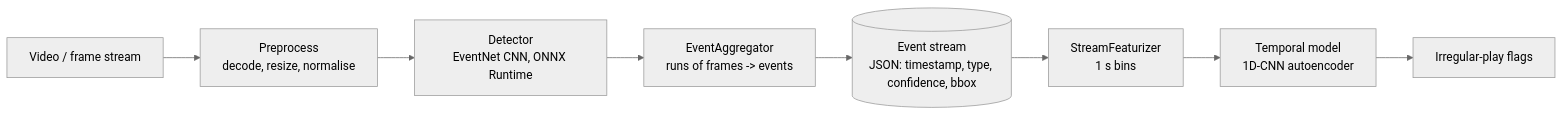
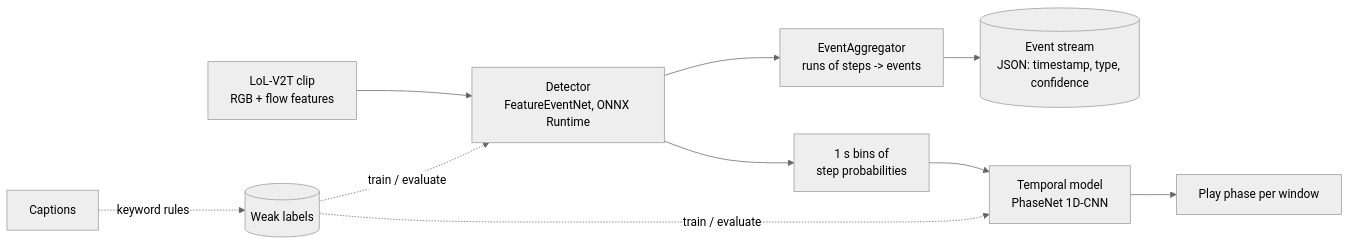
The diagram in docs/architecture.md (otoofim/video_event_detection), drawn with Mermaid (neutral theme) before and after one commit. The commit also changed other lines of this file and 34 other files, not shown here.

First line of the commit message:
Remove synthetic data; label clip sequences from captions only

````diff
--- a/docs/architecture.md
+++ b/docs/architecture.md
@@ -5,10 +5,12 @@
 ```mermaid
 flowchart LR
-  V[Video / frame stream] --> P[Preprocess<br/>decode, resize, normalise]
-  P --> D[Detector<br/>EventNet CNN, ONNX Runtime]
-  D --> A[EventAggregator<br/>runs of frames -> events]
-  A --> E[(Event stream<br/>JSON: timestamp, type, confidence, bbox)]
-  E --> F[StreamFeaturizer<br/>1 s bins]
-  F --> T[Temporal model<br/>1D-CNN autoencoder]
-  T --> X[Irregular-play flags]
+  C[LoL-V2T clip<br/>RGB + flow features] --> D[Detector<br/>FeatureEventNet, ONNX Runtime]
+  D --> A[EventAggregator<br/>runs of steps -> events]
+  A --> E[(Event stream<br/>JSON: timestamp, type, confidence)]
+  D --> B[1 s bins of<br/>step probabilities]
+  B --> T[Temporal model<br/>PhaseNet 1D-CNN]
+  T --> P[Play phase per window]
+  CAP[Captions] -.keyword rules.-> L[(Weak labels)]
+  L -.train / evaluate.-> D
+  L -.train / evaluate.-> T
 ```
````
